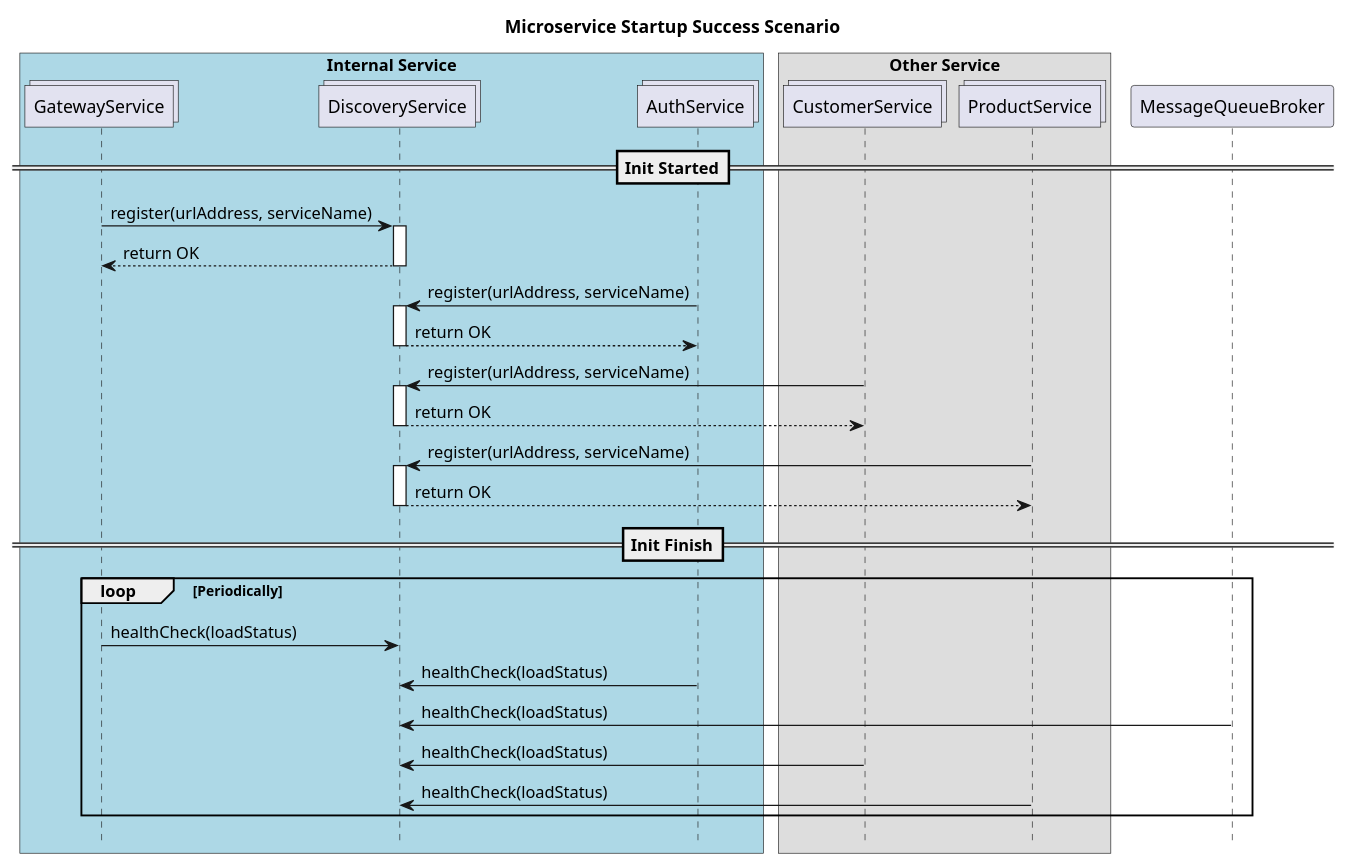
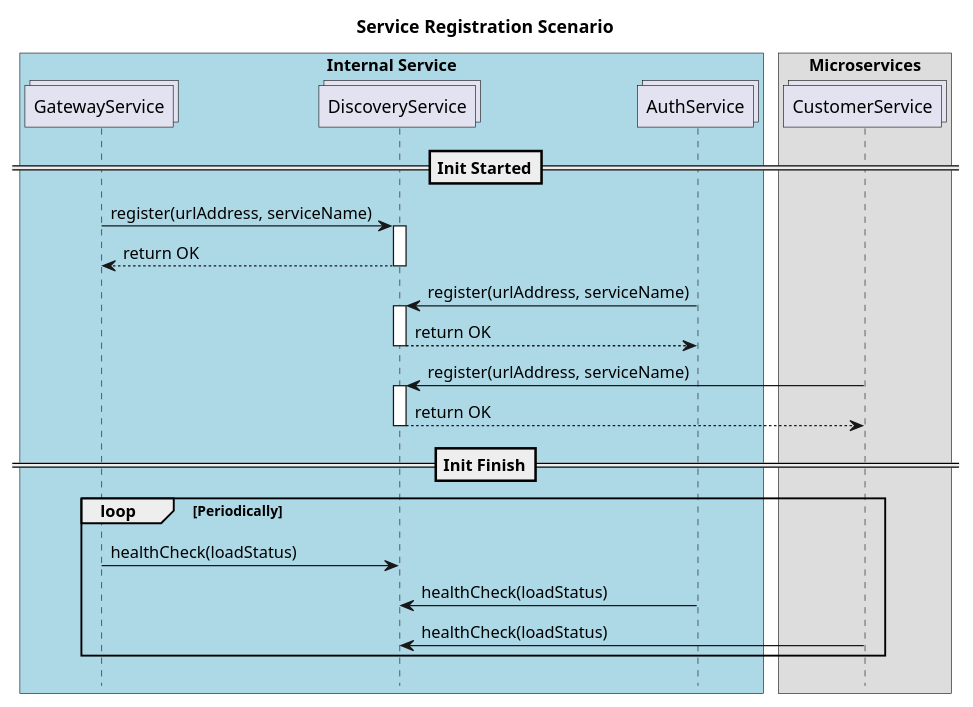
One commit to naimyurek/microblockthesis changed the diagram in 02 Service Registration.wsd. Above: the diagram before and after it, drawn with PlantUML. The commit also changed 5 other files, not shown here.

Commit message:
product service kaldırıldı

```diff
--- a/02 Service Registration.wsd
+++ b/02 Service Registration.wsd
@@ -1,38 +1,33 @@
 @startuml StartupScenario
 !pragma teoz true
 
-title "Microservice Startup Success Scenario"
+title "Service Registration Scenario"
 hide footbox
 box "Internal Service" #LightBlue
 collections GatewayService
 collections DiscoveryService
 collections AuthService
 end box
 
-box "Other Service"
+box "Microservices"
 collections CustomerService
-collections ProductService
 end box
 
 
 ==Init Started==
 GatewayService -> DiscoveryService ++ : register(urlAddress, serviceName)
 return return OK 
  AuthService -> DiscoveryService ++ : register(urlAddress, serviceName)
 return return OK
  CustomerService -> DiscoveryService ++ : register(urlAddress, serviceName)
 return return OK 
- ProductService -> DiscoveryService ++ : register(urlAddress, serviceName)
-DiscoveryService --> ProductService -- : return OK 
 ==Init Finish==
 
 loop Periodically
 GatewayService -> DiscoveryService : healthCheck(loadStatus)
 AuthService -> DiscoveryService : healthCheck(loadStatus)
-MessageQueueBroker -> DiscoveryService : healthCheck(loadStatus)
 CustomerService -> DiscoveryService : healthCheck(loadStatus)
-ProductService -> DiscoveryService : healthCheck(loadStatus)
 end
 
 
 @enduml
```
